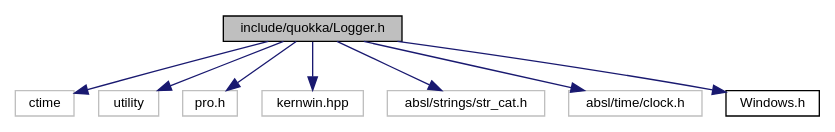
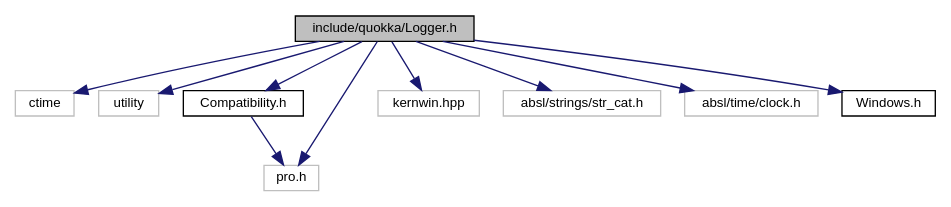
Before and after one commit to quarkslab/quokka: the diagram in reference/cpp/Logger_8h__incl.dot, drawn with Graphviz. The commit also changed 177 other files, not shown here.

```diff
--- a/reference/cpp/Logger_8h__incl.dot
+++ b/reference/cpp/Logger_8h__incl.dot
@@ -1,21 +1,24 @@
 digraph "include/quokka/Logger.h"
 {
  // LATEX_PDF_SIZE
   edge [fontname="Helvetica",fontsize="10",labelfontname="Helvetica",labelfontsize="10"];
   node [fontname="Helvetica",fontsize="10",shape=record];
   Node1 [label="include/quokka/Logger.h",height=0.2,width=0.4,color="black", fillcolor="grey75", style="filled", fontcolor="black",tooltip=" "];
   Node1 -> Node2 [color="midnightblue",fontsize="10",style="solid",fontname="Helvetica"];
   Node2 [label="ctime",height=0.2,width=0.4,color="grey75", fillcolor="white", style="filled",tooltip=" "];
   Node1 -> Node3 [color="midnightblue",fontsize="10",style="solid",fontname="Helvetica"];
   Node3 [label="utility",height=0.2,width=0.4,color="grey75", fillcolor="white", style="filled",tooltip=" "];
   Node1 -> Node4 [color="midnightblue",fontsize="10",style="solid",fontname="Helvetica"];
-  Node4 [label="pro.h",height=0.2,width=0.4,color="grey75", fillcolor="white", style="filled",tooltip=" "];
+  Node4 [label="Compatibility.h",height=0.2,width=0.4,color="black", fillcolor="white", style="filled",URL="$Compatibility_8h.html",tooltip=" "];
+  Node4 -> Node5 [color="midnightblue",fontsize="10",style="solid",fontname="Helvetica"];
+  Node5 [label="pro.h",height=0.2,width=0.4,color="grey75", fillcolor="white", style="filled",tooltip=" "];
   Node1 -> Node5 [color="midnightblue",fontsize="10",style="solid",fontname="Helvetica"];
-  Node5 [label="kernwin.hpp",height=0.2,width=0.4,color="grey75", fillcolor="white", style="filled",tooltip=" "];
   Node1 -> Node6 [color="midnightblue",fontsize="10",style="solid",fontname="Helvetica"];
-  Node6 [label="absl/strings/str_cat.h",height=0.2,width=0.4,color="grey75", fillcolor="white", style="filled",tooltip=" "];
+  Node6 [label="kernwin.hpp",height=0.2,width=0.4,color="grey75", fillcolor="white", style="filled",tooltip=" "];
   Node1 -> Node7 [color="midnightblue",fontsize="10",style="solid",fontname="Helvetica"];
-  Node7 [label="absl/time/clock.h",height=0.2,width=0.4,color="grey75", fillcolor="white", style="filled",tooltip=" "];
+  Node7 [label="absl/strings/str_cat.h",height=0.2,width=0.4,color="grey75", fillcolor="white", style="filled",tooltip=" "];
   Node1 -> Node8 [color="midnightblue",fontsize="10",style="solid",fontname="Helvetica"];
-  Node8 [label="Windows.h",height=0.2,width=0.4,color="black", fillcolor="white", style="filled",URL="$Windows_8h.html",tooltip=" "];
+  Node8 [label="absl/time/clock.h",height=0.2,width=0.4,color="grey75", fillcolor="white", style="filled",tooltip=" "];
+  Node1 -> Node9 [color="midnightblue",fontsize="10",style="solid",fontname="Helvetica"];
+  Node9 [label="Windows.h",height=0.2,width=0.4,color="black", fillcolor="white", style="filled",URL="$Windows_8h.html",tooltip=" "];
 }
```
